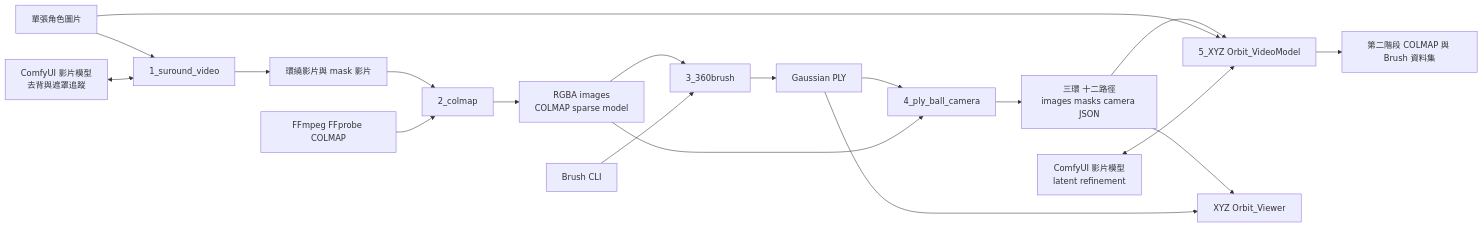
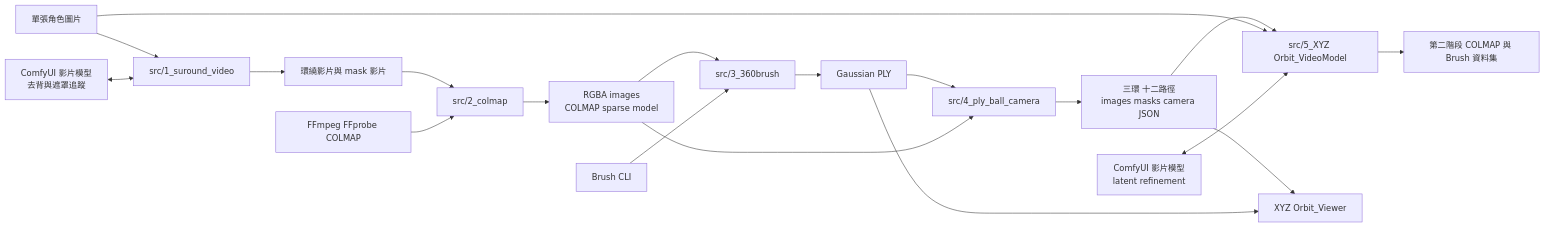
The first of 3 diagrams in README.md (gkwang4912/VideoSplat), drawn with Mermaid before and after one commit. The commit also changed other lines of this file and 48 other files, not shown here.

````diff
--- a/README.md
+++ b/README.md
@@ -36,21 +45,21 @@
 ```mermaid
 flowchart LR
-    A[單張角色圖片] --> S1[1_suround_video]
+    A[單張角色圖片] --> S1[src/1_suround_video]
     VM1[ComfyUI 影片模型<br/>去背與遮罩追蹤] <--> S1
     S1 --> V1[環繞影片與 mask 影片]
-    V1 --> S2[2_colmap]
+    V1 --> S2[src/2_colmap]
     EXT1[FFmpeg FFprobe COLMAP] --> S2
     S2 --> D1[RGBA images<br/>COLMAP sparse model]
-    D1 --> S3[3_360brush]
+    D1 --> S3[src/3_360brush]
     EXT2[Brush CLI] --> S3
     S3 --> PLY[Gaussian PLY]
-    PLY --> S4[4_ply_ball_camera]
+    PLY --> S4[src/4_ply_ball_camera]
     D1 --> S4
     S4 --> CAM[三環 十二路徑<br/>images masks camera JSON]
-    CAM --> S5[5_XYZ Orbit_VideoModel]
+    CAM --> S5[src/5_XYZ Orbit_VideoModel]
     A --> S5
     VM2[ComfyUI 影片模型<br/>latent refinement] <--> S5
     S5 --> D2[第二階段 COLMAP 與 Brush 資料集]
     CAM --> VIEW[XYZ Orbit_Viewer]
     PLY --> VIEW
 ```
````
